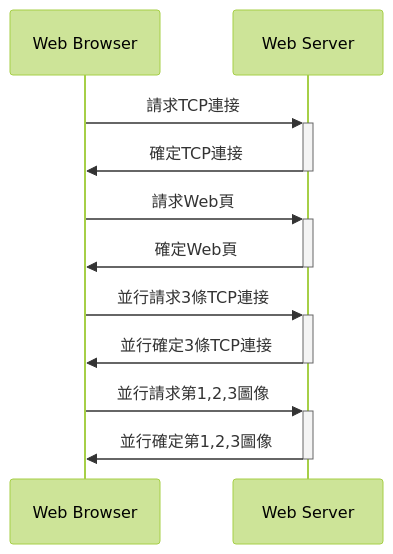
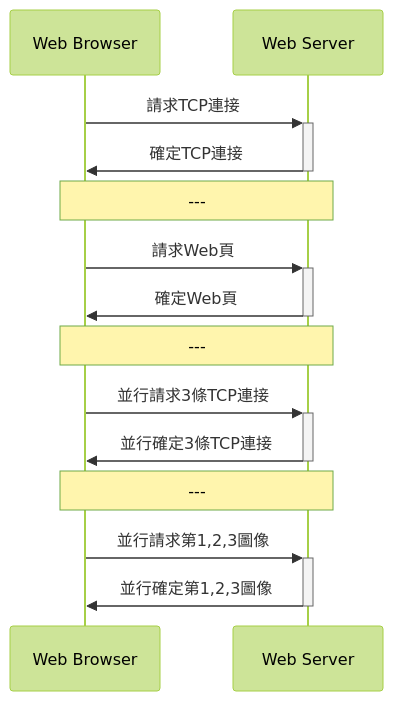
One commit to chchoiw/chchoiw.github.io changed the second of 4 diagrams in _posts/2021-07-21-04741-internet.md. Above: the diagram before and after it, drawn with Mermaid (forest theme). The commit also changed other lines of this file, not shown here.

````diff
--- a/_posts/2021-07-21-04741-internet.md
+++ b/_posts/2021-07-21-04741-internet.md
@@ -65,11 +69,14 @@
 ```mermaid
 sequenceDiagram
     Web Browser->>+Web Server: 請求TCP連接
     Web Server->>-Web Browser: 確定TCP連接
+    Note over Web Browser,Web Server: ---
     Web Browser->>+Web Server: 請求Web頁
     Web Server->>-Web Browser: 確定Web頁
+    Note over Web Browser,Web Server: ---
     Web Browser->>+Web Server: 並行請求3條TCP連接
     Web Server->>-Web Browser: 並行確定3條TCP連接
+    Note over Web Browser,Web Server: ---
     Web Browser->>+Web Server: 並行請求第1,2,3圖像
     Web Server->>-Web Browser: 並行確定第1,2,3圖像
 ```
````
